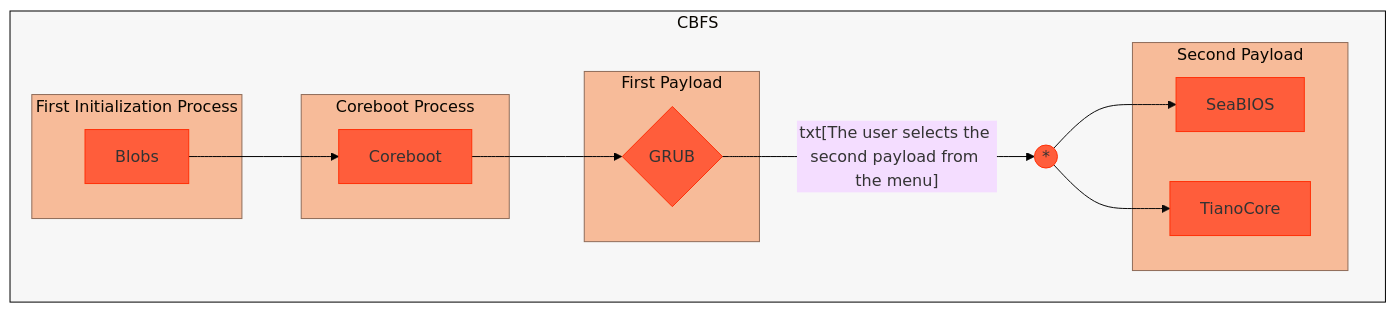
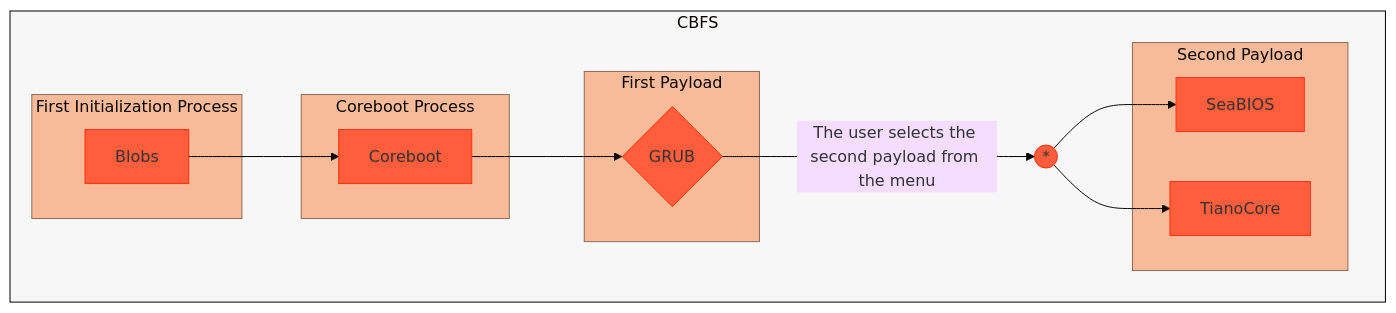
Before and after one commit to Ch3ckm4t3C1ph3r/Lenovo-Ideapad-320-14ISK-_Coreboot-Adaptation_: the diagram in README.md, drawn with Mermaid.

Commit message:
Modify edgeStyle to add background color
Updated edgeStyle definition to include background color.

````diff
--- a/README.md
+++ b/README.md
@@ -104,44 +104,44 @@
 ```mermaid
 ---
 config:
   theme: 'base'
 ---
 flowchart LR;
     %% Definition of style (and class of style) of each element by id (or by class name)
     style cbfs fill:#f7f7f7,stroke:#000000,stroke-width:1px;
     classDef sbgStyle fill:#F7BB99,stroke:#8F6C59,stroke-width:1px
     classDef nodeStyle fill:#FF5D3B,stroke:#FF3008,stroke-width:1px
-    classDef edgeStyle fill:#000000,stroke:#000000,stroke-width:1px
+    classDef edgeStyle fill:#000000,stroke:#000000,stroke-width:1px,background-color:#ff0000
     
     subgraph cbfs[CBFS]
         direction LR
 
         %% Not publicly documented boot process
         subgraph sbg1[First Initialization Process]
         n1[Blobs]
         end
 
         n1[Blobs] e1@--> n2[Coreboot]
 
         subgraph sbg2[Coreboot Process]
         n2[Coreboot]
         end
     
         n2[Coreboot] e2@--> p1{GRUB}
     
         subgraph sbg3[First Payload]
         p1{GRUB}
         end
         
-        p1{GRUB} e3@--txt[The user selects the second payload from the menu]--> UNION((*)) e4@--> p2_1[SeaBIOS] & p2_2[TianoCore]
+        p1{GRUB} e3@--The user selects the second payload from the menu--> UNION((*)) e4@--> p2_1[SeaBIOS] & p2_2[TianoCore]
     
         subgraph sbg4[Second Payload]
         p2_1[SeaBIOS] & p2_2[TianoCore]
         end
     end
 
     %% Defining the members of each class
     class sbg1,sbg2,sbg3,sbg4 sbgStyle
     class n1,n2,p1,p2_1,p2_2,UNION nodeStyle
     class e1,e2,e3 edgeStyle
 ```
````
